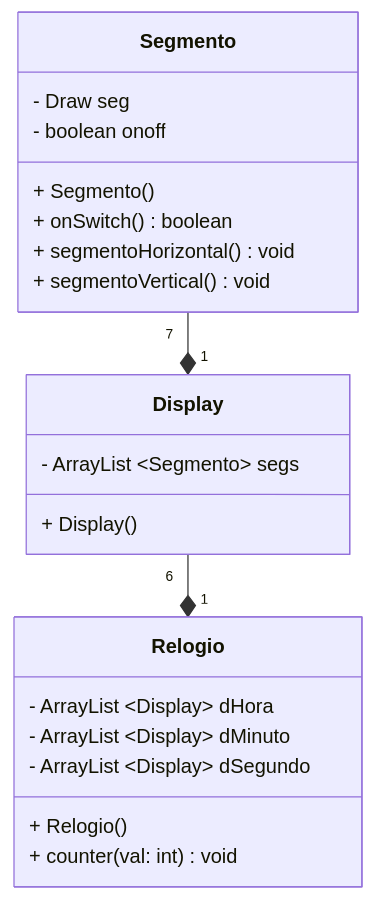
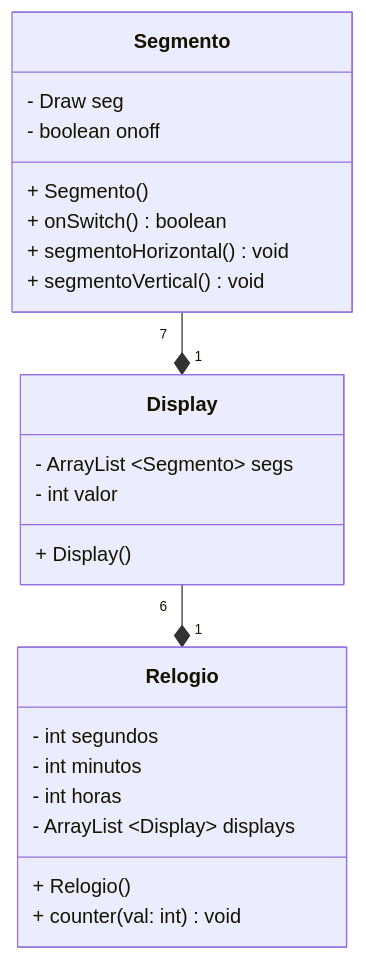
One commit to Aluno55/POO changed the diagram in lab-05/ex1/app/src/main/java/engtelecom/poo/README.md. Above: the diagram before and after it, drawn with Mermaid. The commit also changed 3 other files, not shown here.

````diff
--- a/lab-05/ex1/app/src/main/java/engtelecom/poo/README.md
+++ b/lab-05/ex1/app/src/main/java/engtelecom/poo/README.md
@@ -1,24 +1,26 @@
 ```mermaid
 classDiagram
     class Relogio{
         + Relogio ()
         + counter (val: int) void 
-        - ArrayList ~Display~ dHora
-        - ArrayList ~Display~ dMinuto
-        - ArrayList ~Display~ dSegundo
+        - int segundos
+        - int minutos
+        - int horas
+        - ArrayList ~Display~ displays
     }
     class Display{
         + Display ()
         - ArrayList ~Segmento~ segs
+        - int valor
     }
     class Segmento{
         - Draw seg
         - boolean onoff
         + Segmento ()
         + onSwitch () boolean
         + segmentoHorizontal () void
         + segmentoVertical () void
     }
     Display "6"--*"1" Relogio
     Segmento "7"--*"1" Display
 ```
````
